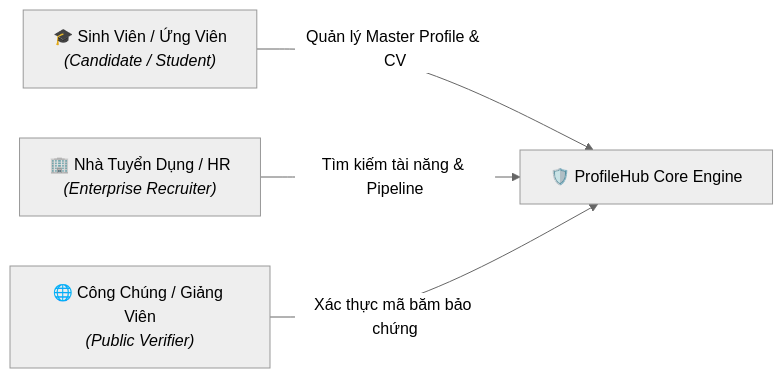
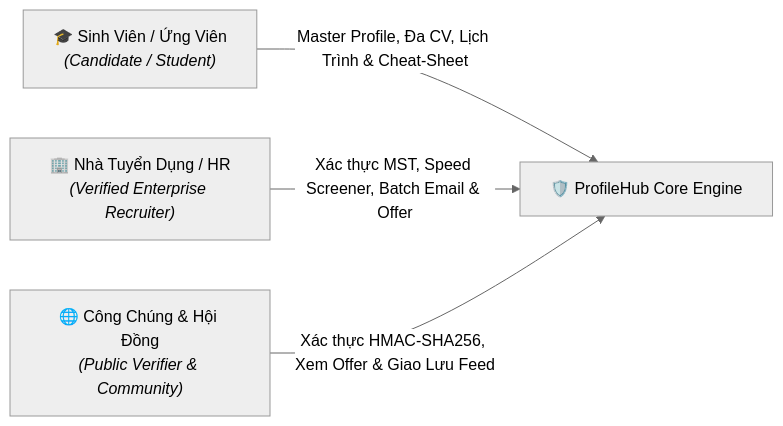
Before and after one commit to OtisPham/-profilehub: the first of 2 diagrams in profilehub/docs/product/spec.md, drawn with Mermaid (neutral theme). The commit also changed other lines of this file and 50 other files, not shown here.

````diff
--- a/profilehub/docs/product/spec.md
+++ b/profilehub/docs/product/spec.md
@@ -31,10 +33,10 @@
 ```mermaid
 flowchart LR
     Student["🎓 Sinh Viên / Ứng Viên<br/><i>(Candidate / Student)</i>"] 
-    Recruiter["🏢 Nhà Tuyển Dụng / HR<br/><i>(Enterprise Recruiter)</i>"]
-    Public["🌐 Công Chúng / Giảng Viên<br/><i>(Public Verifier)</i>"]
+    Recruiter["🏢 Nhà Tuyển Dụng / HR<br/><i>(Verified Enterprise Recruiter)</i>"]
+    Public["🌐 Công Chúng & Hội Đồng<br/><i>(Public Verifier & Community)</i>"]
 
-    Student -->|Quản lý Master Profile & CV| System["🛡️ ProfileHub Core Engine"]
-    Recruiter -->|Tìm kiếm tài năng & Pipeline| System
-    Public -->|Xác thực mã băm bảo chứng| System
+    Student -->|Master Profile, Đa CV, Lịch Trình & Cheat-Sheet| System["🛡️ ProfileHub Core Engine"]
+    Recruiter -->|Xác thực MST, Speed Screener, Batch Email & Offer| System
+    Public -->|Xác thực HMAC-SHA256, Xem Offer & Giao Lưu Feed| System
 ```
````
